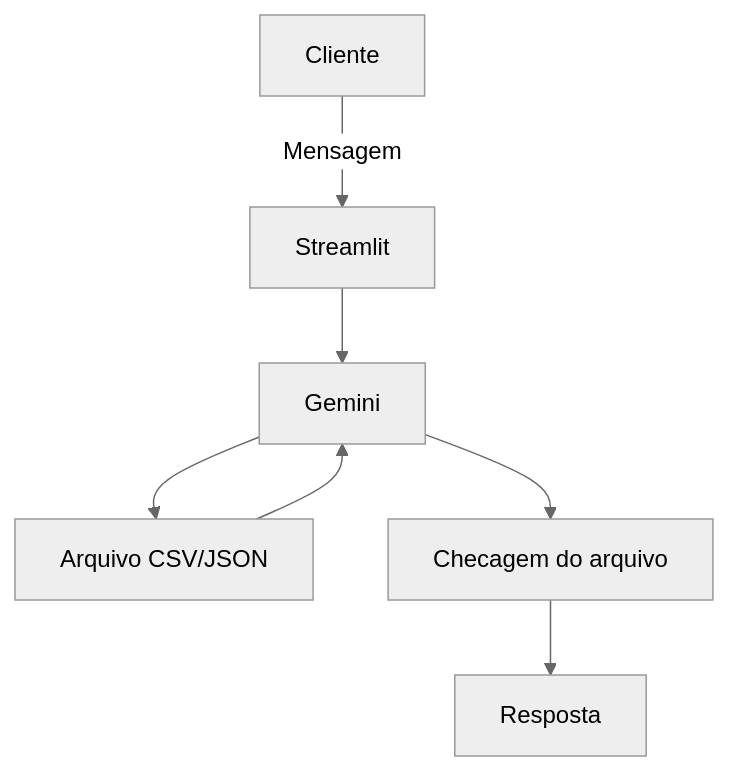
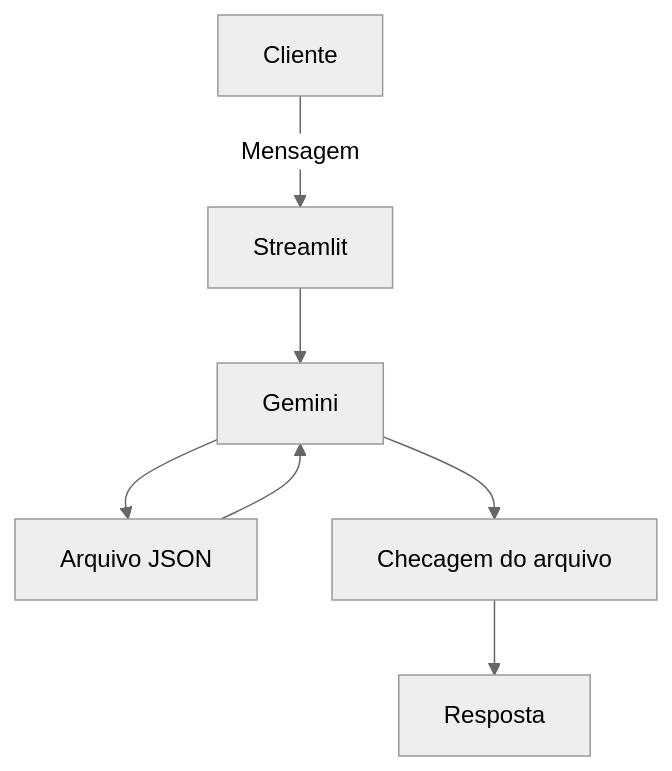
Before and after one commit to carolcampos13/dio-lab-bia-do-futuro: the diagram in docs/01-documentacao-agente.md, drawn with Mermaid (neutral theme). The commit also changed other lines of this file, not shown here.

````diff
--- a/docs/01-documentacao-agente.md
+++ b/docs/01-documentacao-agente.md
@@ -47,9 +47,9 @@
 ```mermaid
 flowchart TD
     A[Cliente] -->| Mensagem | B[Streamlit]
     B --> C[Gemini]
-    C --> D[Arquivo CSV/JSON]
+    C --> D[Arquivo JSON]
     D --> C
     C --> E[Checagem do arquivo]
     E --> F[Resposta]
 ```
````
